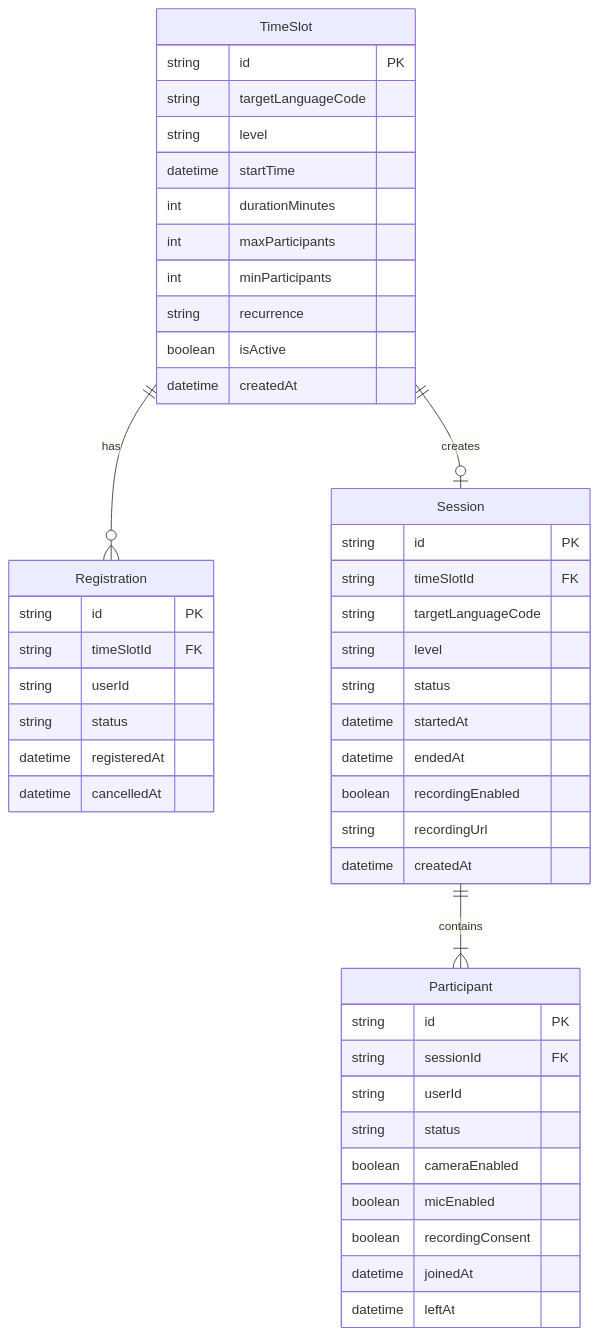
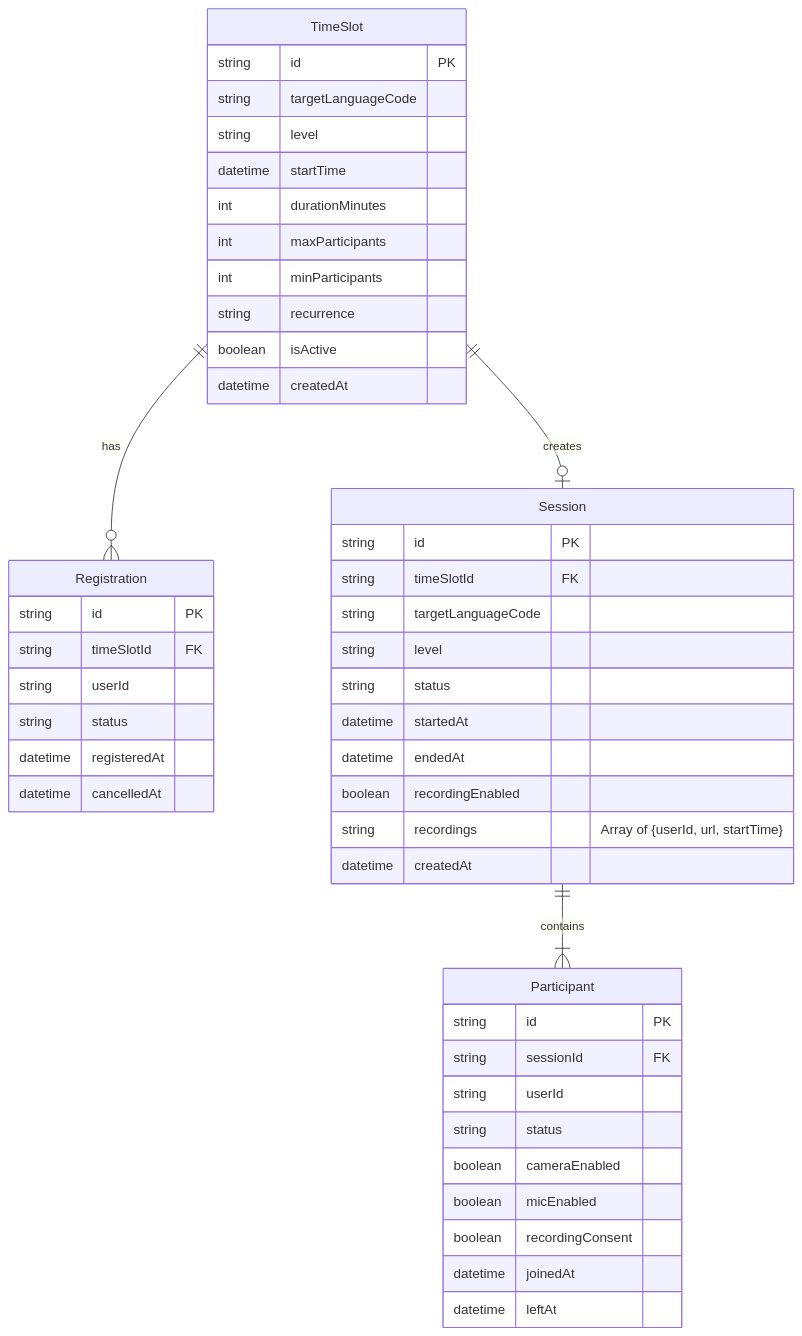
One commit to we-speak-org/wespeak-specifications changed the first of 6 diagrams in 03-conversation-service/DIAGRAMS.md. Above: the diagram before and after it, drawn with Mermaid. The commit also changed other lines of this file and 10 other files, not shown here.

````diff
--- a/03-conversation-service/DIAGRAMS.md
+++ b/03-conversation-service/DIAGRAMS.md
@@ -5,53 +5,53 @@
 ```mermaid
 erDiagram
     TimeSlot {
         string id PK
         string targetLanguageCode
         string level
         datetime startTime
         int durationMinutes
         int maxParticipants
         int minParticipants
         string recurrence
         boolean isActive
         datetime createdAt
     }
 
     Registration {
         string id PK
         string timeSlotId FK
         string userId
         string status
         datetime registeredAt
         datetime cancelledAt
     }
 
     Session {
         string id PK
         string timeSlotId FK
         string targetLanguageCode
         string level
         string status
         datetime startedAt
         datetime endedAt
         boolean recordingEnabled
-        string recordingUrl
+        string recordings "Array of {userId, url, startTime}"
         datetime createdAt
     }
 
     Participant {
         string id PK
         string sessionId FK
         string userId
         string status
         boolean cameraEnabled
         boolean micEnabled
         boolean recordingConsent
         datetime joinedAt
         datetime leftAt
     }
 
     TimeSlot ||--o{ Registration : "has"
     TimeSlot ||--o| Session : "creates"
     Session ||--|{ Participant : "contains"
 ```
````
